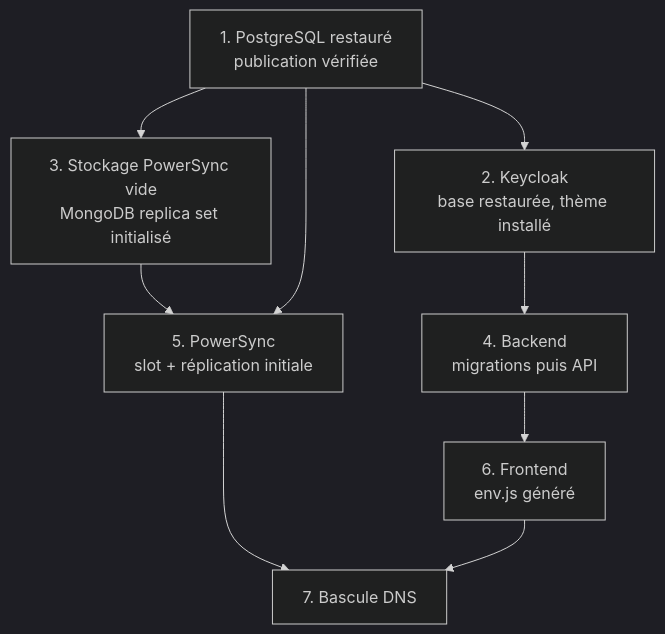
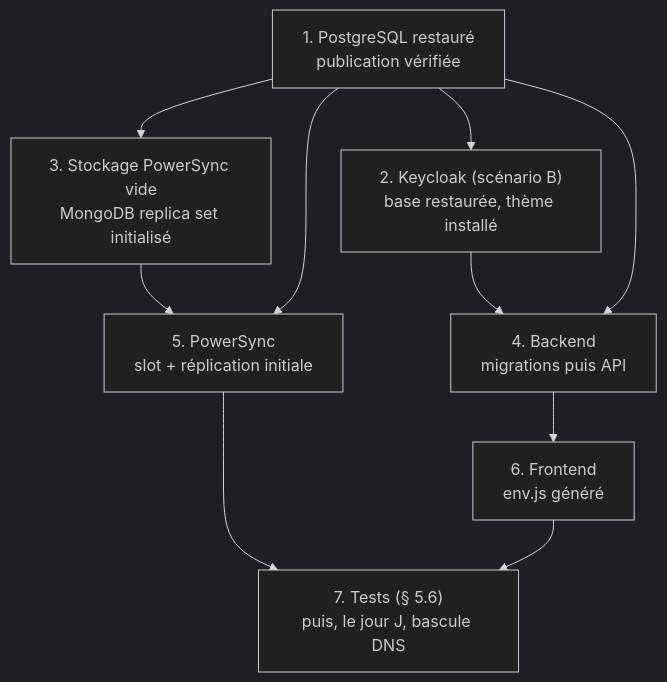
The second of 2 diagrams in docs/14-migration-vers-infra-ministere.md (betagouv/patrinotes), drawn with Mermaid (dark theme) before and after one commit. The commit also changed other lines of this file and 1 other file, not shown here.

````diff
--- a/docs/14-migration-vers-infra-ministere.md
+++ b/docs/14-migration-vers-infra-ministere.md
@@ -283,11 +378,12 @@
 ```mermaid
 flowchart TD
-    A["1. PostgreSQL restauré<br/>publication vérifiée"] --> B["2. Keycloak<br/>base restaurée, thème installé"]
+    A["1. PostgreSQL restauré<br/>publication vérifiée"] --> B["2. Keycloak (scénario B)<br/>base restaurée, thème installé"]
     A --> C["3. Stockage PowerSync vide<br/>MongoDB replica set initialisé"]
     B --> D["4. Backend<br/>migrations puis API"]
+    A --> D
     C --> E["5. PowerSync<br/>slot + réplication initiale"]
     A --> E
     D --> F["6. Frontend<br/>env.js généré"]
-    E --> G["7. Bascule DNS"]
+    E --> G["7. Tests (§ 5.6)<br/>puis, le jour J, bascule DNS"]
     F --> G
 ```
````
